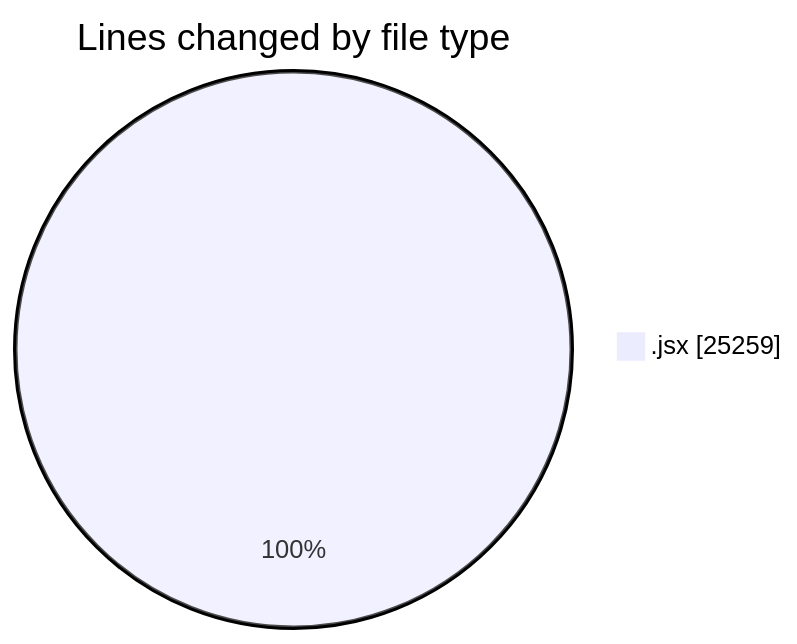
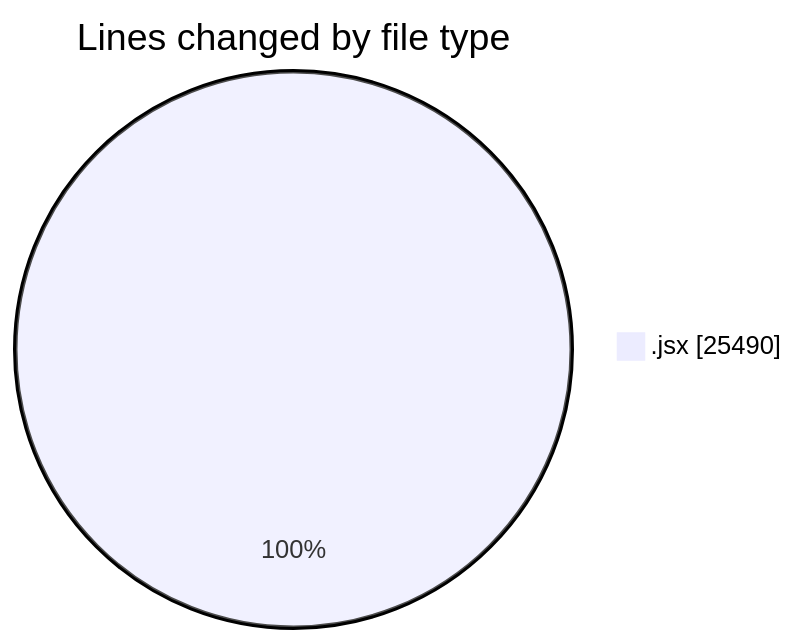
The first of 2 diagrams in 2025-09-29/nxtqube_webapp/README.md (nxtqubesakshisongat/code-tracking), drawn with Mermaid before and after one commit. The commit also changed other lines of this file and 1 other file, not shown here.

````diff
--- a/2025-09-29/nxtqube_webapp/README.md
+++ b/2025-09-29/nxtqube_webapp/README.md
@@ -20,5 +20,5 @@
 ```mermaid
 pie showData
 title Lines changed by file type
-".jsx" : 25259
+".jsx" : 25490
 ```
````
